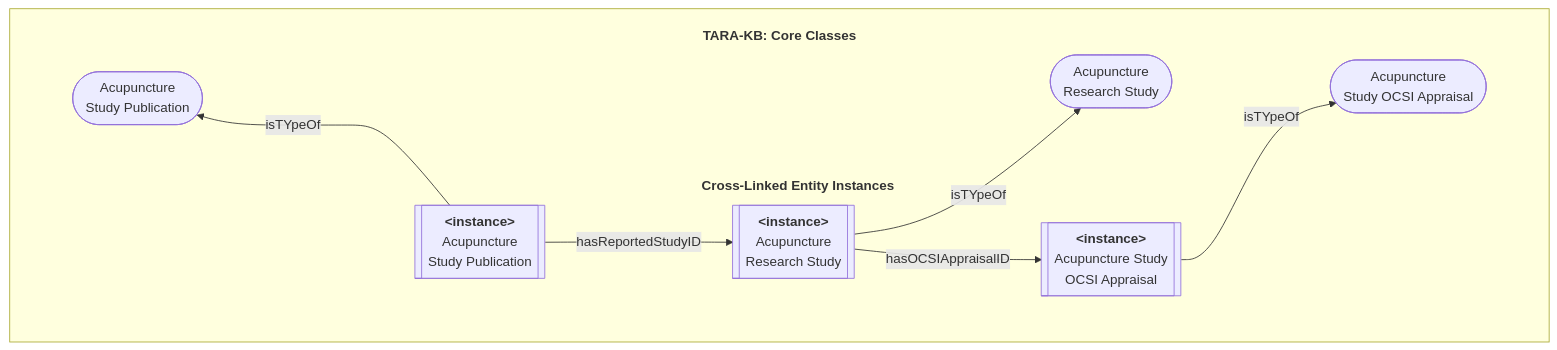
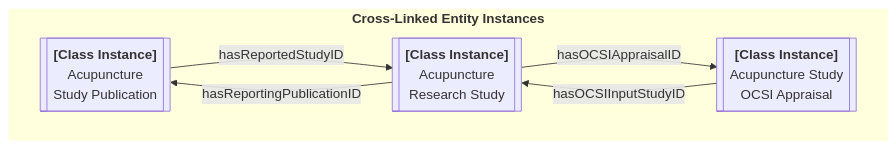
The first of 6 diagrams in ontology-files/base/articles-kb/articles-kb-core/README.md (smtifahim/TARA-Ontology-Repository), drawn with Mermaid before and after one commit. The commit also changed other lines of this file, not shown here.

````diff
--- a/ontology-files/base/articles-kb/articles-kb-core/README.md
+++ b/ontology-files/base/articles-kb/articles-kb-core/README.md
@@ -44,39 +34,16 @@
 ```mermaid
-flowchart TB
-    %% 1. Style definitions for subgraphs
-    style INSTANCES stroke:transparent
-    style CLASSES stroke:#0000,stroke-width:0px
-    %% classDef field fill:#f9f9f9,stroke:#333,stroke-width:1px;
+flowchart
+style INSTANCES stroke:transparent
+    subgraph INSTANCES["<b>Cross-Linked Entity Instances</b>"]
+        PUB_ENT[["<b>[Class Instance]</b><br>Acupuncture<br>Study Publication"]]
+        STUDY_ENT[["<b>[Class Instance]</b><br>Acupuncture<br>Research Study"]]
+        OCSI_ENT[["<b>[Class Instance]</b><br>Acupuncture Study<br>OCSI Appraisal"]]
+    
+        %% Connections keep these horizontal naturally
+        PUB_ENT -- hasReportedStudyID --> STUDY_ENT
+        STUDY_ENT -- hasOCSIAppraisalID --> OCSI_ENT
+        OCSI_ENT -- hasOCSIInputStudyID --> STUDY_ENT
+        STUDY_ENT -- hasReportingPublicationID --> PUB_ENT
+    end
 
-    subgraph Class_Instance[" "]
-        
-        %% 2. INSTANCES Group (Forced horizontal using standard layout constraints)
-        subgraph INSTANCES["<b>Cross-Linked Entity Instances</b>"]
-            PUB_ENT[["<b>&lt;instance&gt;</b><br>Acupuncture<br>Study Publication"]]
-            STUDY_ENT[["<b>&lt;instance&gt;</b><br>Acupuncture<br>Research Study"]]
-            OCSI_ENT[["<b>&lt;instance&gt;</b><br>Acupuncture Study<br>OCSI Appraisal"]]
-            
-            %% Connections keep these horizontal naturally
-            PUB_ENT -- hasReportedStudyID --> STUDY_ENT
-            STUDY_ENT -- hasOCSIAppraisalID --> OCSI_ENT
-        end
-
-        %% 3. CLASSES Group (Forced horizontal using invisible ties)
-        subgraph CLASSES["<b>TARA-KB: Core Classes</b>"]
-            PubClass(["Acupuncture<br>Study Publication"])
-            StudyClass(["Acupuncture<br>Research Study"])
-            OCSIClass(["Acupuncture<br>Study OCSI Appraisal"])
-            
-            %% Multi-dash links force horizontal alignment in a TB chart
-            PubClass ~~~ StudyClass ~~~ OCSIClass
-        end
-
-        %% 4. Push the CLASSES container directly above the INSTANCES container
-        CLASSES ~~~~ INSTANCES
-
-        %% 5. CROSS-CONNECTORS: These will now anchor beautifully to the actual nodes
-        PUB_ENT -- isTYpeOf --> PubClass
-        STUDY_ENT -- isTYpeOf --> StudyClass
-        OCSI_ENT -- isTYpeOf --> OCSIClass
-    end
 ```
````
